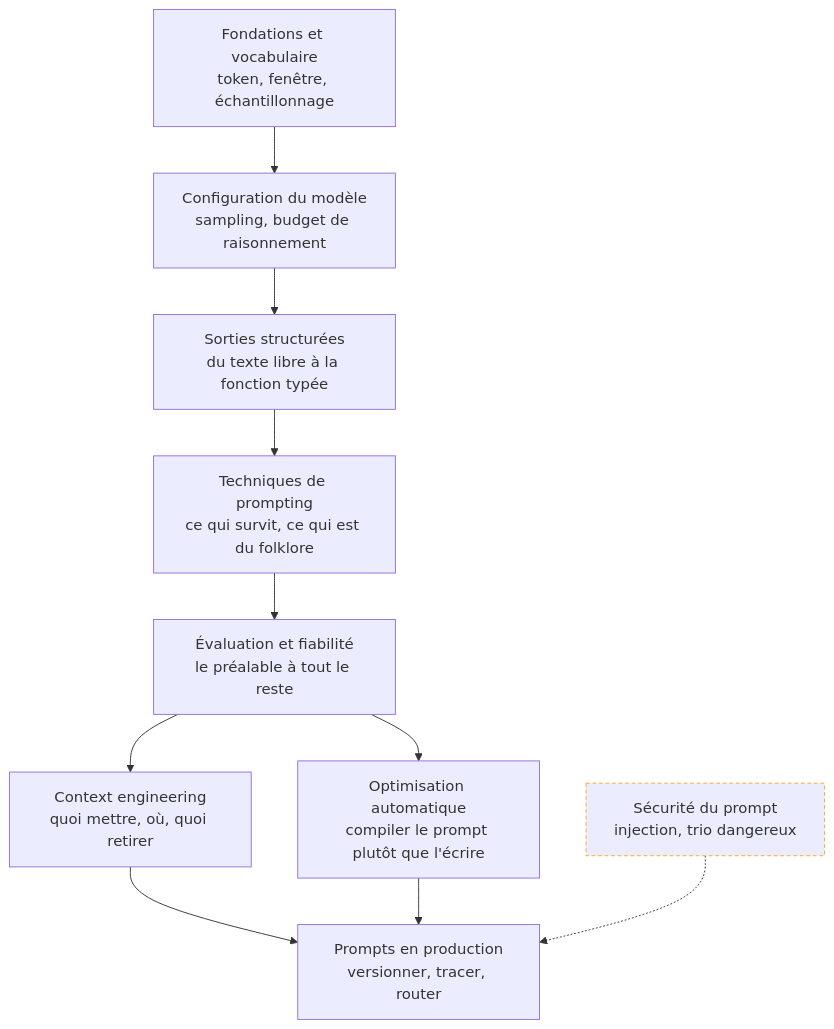
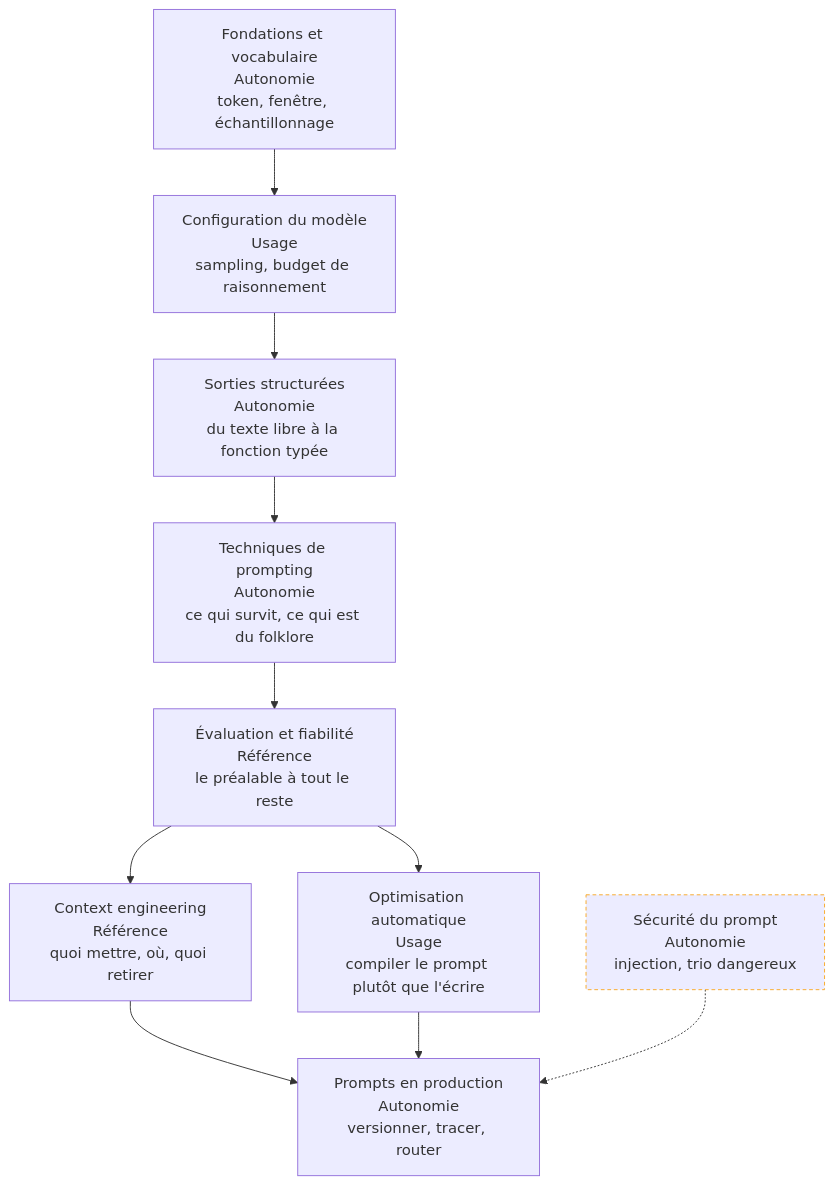
One commit to floSa/Atlas-Metiers-Roadmaps changed the diagram in content/parcours/prompt-engineering/index.md. Above: the diagram before and after it, drawn with Mermaid. The commit also changed other lines of this file, not shown here.

Commit message:
Prompt engineering : la carte d'entree porte le niveau attendu chez un confirme

````diff
--- a/content/parcours/prompt-engineering/index.md
+++ b/content/parcours/prompt-engineering/index.md
@@ -15,25 +15,25 @@
 ```mermaid
 flowchart TD
-  F["Fondations et vocabulaire<br/>token, fenêtre, échantillonnage"] --> C["Configuration du modèle<br/>sampling, budget de raisonnement"]
-  C --> S["Sorties structurées<br/>du texte libre à la fonction typée"]
-  S --> T["Techniques de prompting<br/>ce qui survit, ce qui est du folklore"]
-  T --> E["Évaluation et fiabilité<br/>le préalable à tout le reste"]
-  E --> CE["Context engineering<br/>quoi mettre, où, quoi retirer"]
-  E --> O["Optimisation automatique<br/>compiler le prompt plutôt que l'écrire"]
-  CE --> P["Prompts en production<br/>versionner, tracer, router"]
+  F["Fondations et vocabulaire<br/>Autonomie<br/>token, fenêtre, échantillonnage"] --> C["Configuration du modèle<br/>Usage<br/>sampling, budget de raisonnement"]
+  C --> S["Sorties structurées<br/>Autonomie<br/>du texte libre à la fonction typée"]
+  S --> T["Techniques de prompting<br/>Autonomie<br/>ce qui survit, ce qui est du folklore"]
+  T --> E["Évaluation et fiabilité<br/>Référence<br/>le préalable à tout le reste"]
+  E --> CE["Context engineering<br/>Référence<br/>quoi mettre, où, quoi retirer"]
+  E --> O["Optimisation automatique<br/>Usage<br/>compiler le prompt plutôt que l'écrire"]
+  CE --> P["Prompts en production<br/>Autonomie<br/>versionner, tracer, router"]
   O --> P
-  SEC["Sécurité du prompt<br/>injection, trio dangereux"] -.-> P
+  SEC["Sécurité du prompt<br/>Autonomie<br/>injection, trio dangereux"] -.-> P
 
   click F "/parcours/prompt-engineering/fondations-et-vocabulaire"
   click C "/parcours/prompt-engineering/configuration-du-modele"
   click S "/parcours/prompt-engineering/sorties-structurees"
   click T "/parcours/prompt-engineering/techniques-de-prompting"
   click E "/parcours/prompt-engineering/evaluation-et-fiabilite"
   click CE "/parcours/prompt-engineering/context-engineering"
   click O "/parcours/prompt-engineering/optimisation-automatique"
   click P "/parcours/prompt-engineering/prompts-en-production"
   click SEC "/parcours/prompt-engineering/securite-du-prompt"
 
   classDef transverse stroke:#f9a825,stroke-width:1px,stroke-dasharray:4 3
   class SEC transverse
 ```
````
